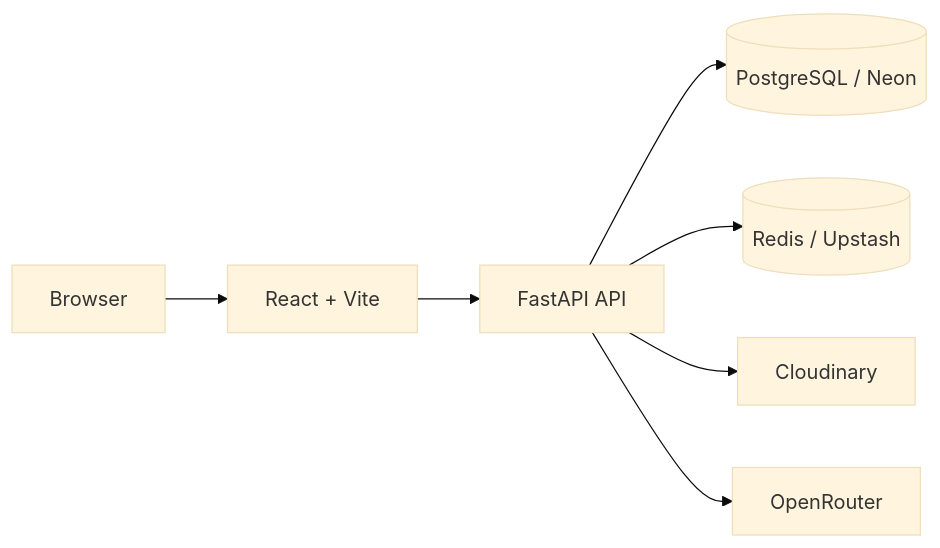
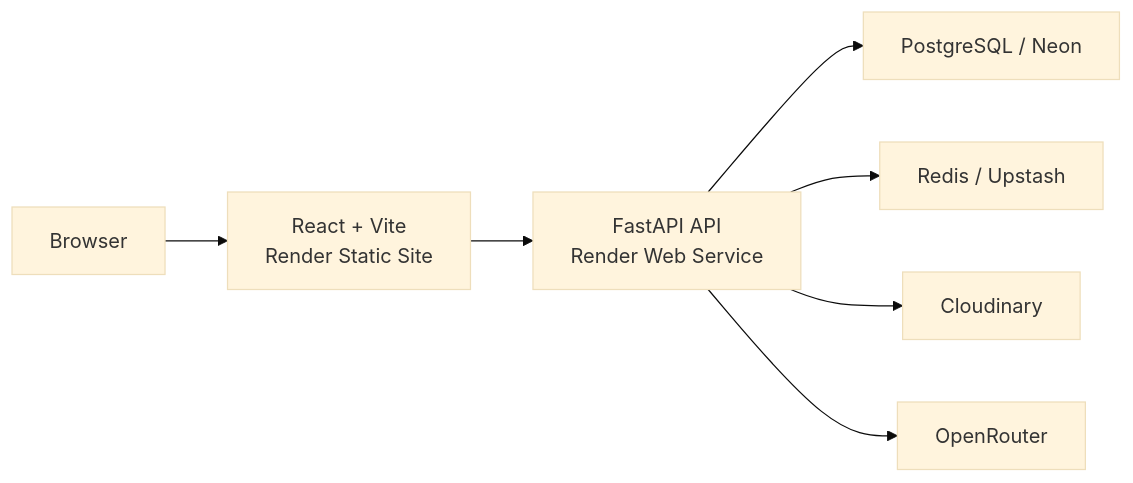
The diagram in README.md (YaswanthSai2003/Averlen), drawn with Mermaid (base theme) before and after one commit.

````diff
--- a/README.md
+++ b/README.md
@@ -24,9 +24,10 @@
 ```mermaid
 flowchart LR
-    U[Browser] --> W[React + Vite]
-    W --> A[FastAPI API]
-    A --> P[(PostgreSQL / Neon)]
-    A --> R[(Redis / Upstash)]
+    U[Browser] --> W["React + Vite<br/>Render Static Site"]
+    W --> A["FastAPI API<br/>Render Web Service"]
+
+    A --> P["PostgreSQL / Neon"]
+    A --> R["Redis / Upstash"]
     A --> C[Cloudinary]
     A --> O[OpenRouter]
 ```
````
